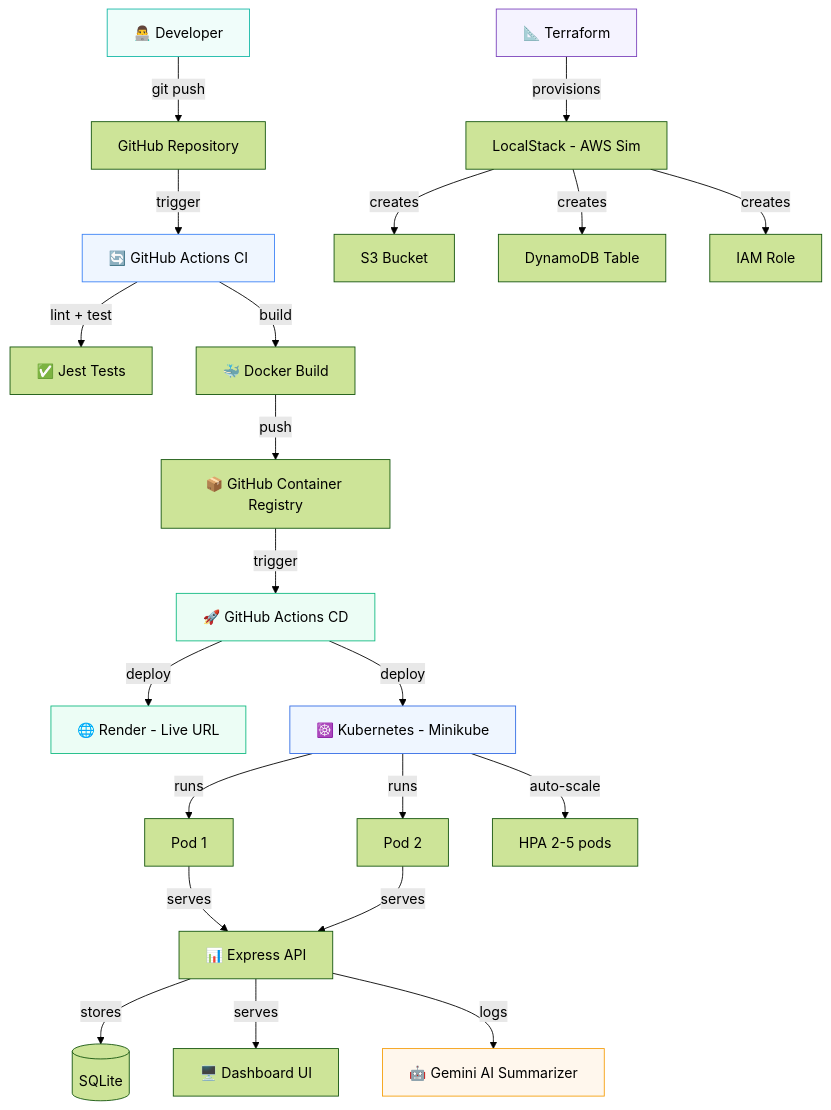
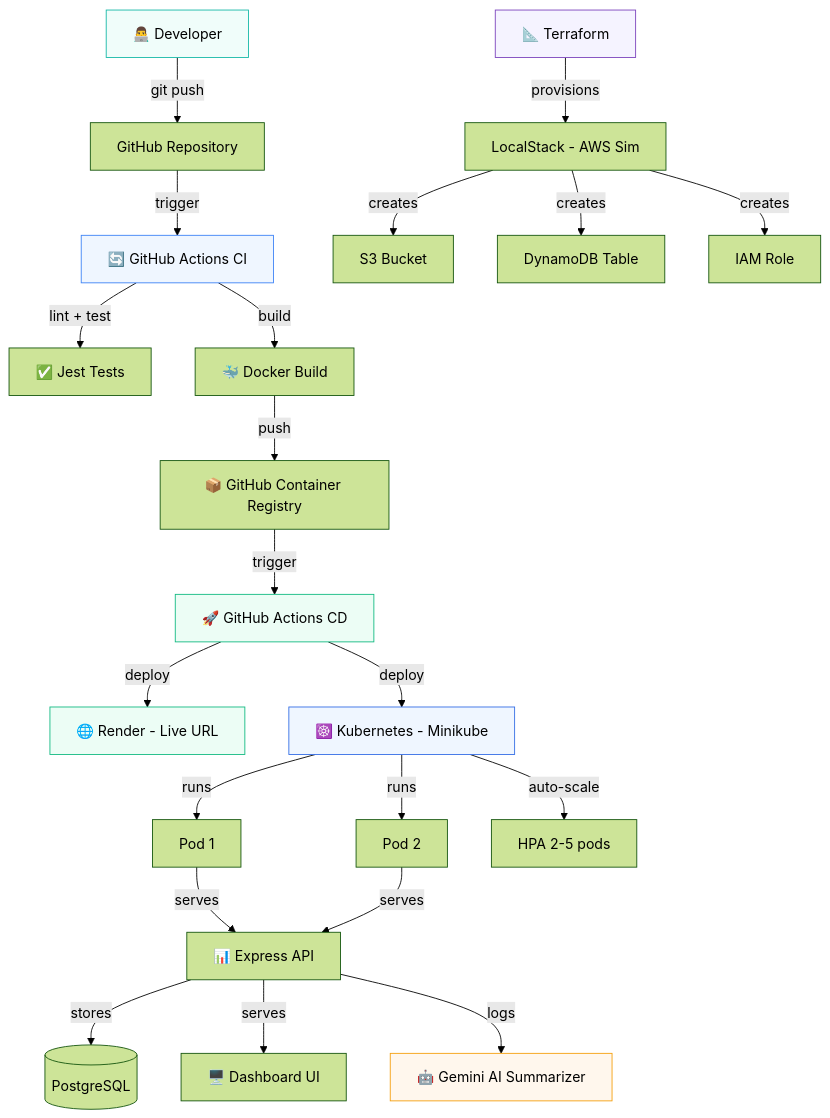
The diagram in README.md (MASTER870-CMD/cloudforge), drawn with Mermaid (forest theme) before and after one commit. The commit also changed other lines of this file, not shown here.

````diff
--- a/README.md
+++ b/README.md
@@ -32,37 +32,37 @@
 ```mermaid
 graph TB
     DEV[👨‍💻 Developer] -->|git push| GH[GitHub Repository]
     
     GH -->|trigger| CI[🔄 GitHub Actions CI]
     CI -->|lint + test| TEST[✅ Jest Tests]
     CI -->|build| DOCKER[🐳 Docker Build]
     DOCKER -->|push| GHCR[📦 GitHub Container Registry]
     
     GHCR -->|trigger| CD[🚀 GitHub Actions CD]
     CD -->|deploy| RENDER[🌐 Render - Live URL]
     CD -->|deploy| K8S[☸️ Kubernetes - Minikube]
     
     K8S -->|runs| POD1[Pod 1]
     K8S -->|runs| POD2[Pod 2]
     K8S -->|auto-scale| HPA[HPA 2-5 pods]
     
     POD1 -->|serves| API[📊 Express API]
     POD2 -->|serves| API
-    API -->|stores| DB[(SQLite)]
+    API -->|stores| DB[(PostgreSQL)]
     API -->|serves| UI[🖥️ Dashboard UI]
     
     API -->|logs| AI[🤖 Gemini AI Summarizer]
     
     TF[📐 Terraform] -->|provisions| LS[LocalStack - AWS Sim]
     LS -->|creates| S3[S3 Bucket]
     LS -->|creates| DDB[DynamoDB Table]
     LS -->|creates| IAM[IAM Role]
     
     style DEV fill:#F0FDFA,stroke:#14B8A6
     style CI fill:#EFF6FF,stroke:#3B82F6
     style CD fill:#ECFDF5,stroke:#10B981
     style K8S fill:#EFF6FF,stroke:#326CE5
     style RENDER fill:#ECFDF5,stroke:#10B981
     style AI fill:#FFF7ED,stroke:#F59E0B
     style TF fill:#F5F3FF,stroke:#7B42BC
 ```
````
